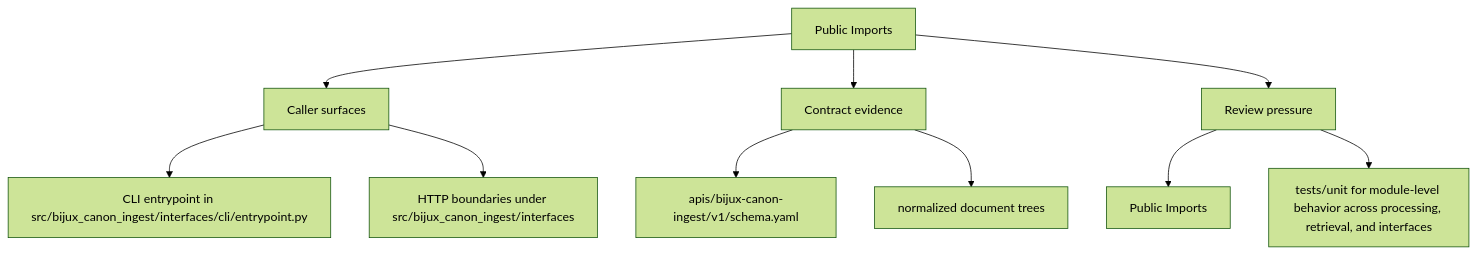
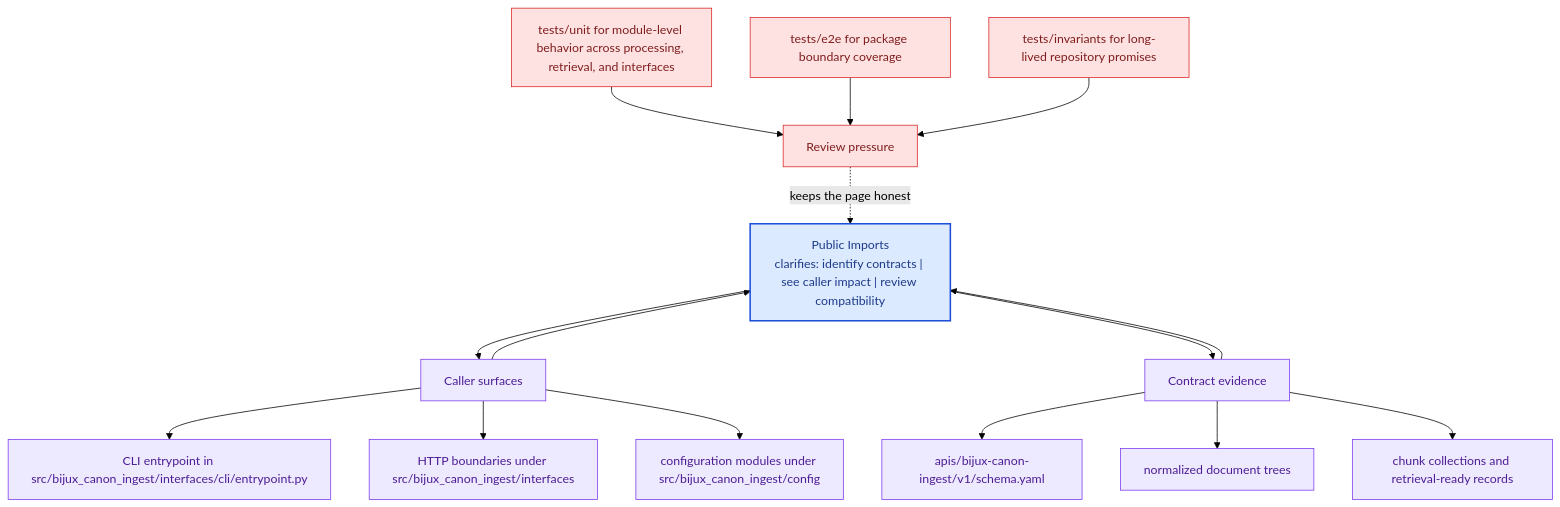
Before and after one commit to bijux/bijux-canon: the second of 2 diagrams in docs/bijux-canon-ingest/interfaces/public-imports.md, drawn with Mermaid (forest theme). The commit also changed other lines of this file and 281 other files, not shown here.

Commit message:
docs(diagrams): deepen handbook mermaid maps across the catalog

````diff
--- a/docs/bijux-canon-ingest/interfaces/public-imports.md
+++ b/docs/bijux-canon-ingest/interfaces/public-imports.md
@@ -35,22 +68,41 @@
 ```mermaid
-flowchart TD
-    page["Public Imports"]
+flowchart TB
+    promise["Public Imports<br/>clarifies: identify contracts | see caller impact | review compatibility"]
+    classDef promise fill:#dbeafe,stroke:#1d4ed8,color:#1e3a8a,stroke-width:2px;
+    classDef driver fill:#dcfce7,stroke:#16a34a,color:#14532d;
+    classDef constraint fill:#fee2e2,stroke:#dc2626,color:#7f1d1d;
+    classDef ground fill:#ede9fe,stroke:#7c3aed,color:#4c1d95;
     focus1["Caller surfaces"]
-    page --> focus1
+    focus1 --> promise
+    promise --> focus1
     focus1_1["CLI entrypoint in src/bijux_canon_ingest/interfaces/cli/entrypoint.py"]
     focus1 --> focus1_1
     focus1_2["HTTP boundaries under src/bijux_canon_ingest/interfaces"]
     focus1 --> focus1_2
+    focus1_3["configuration modules under src/bijux_canon_ingest/config"]
+    focus1 --> focus1_3
+    class focus1 ground;
+    class focus1_1,focus1_2,focus1_3 ground;
     focus2["Contract evidence"]
-    page --> focus2
+    focus2 --> promise
+    promise --> focus2
     focus2_1["apis/bijux-canon-ingest/v1/schema.yaml"]
     focus2 --> focus2_1
     focus2_2["normalized document trees"]
     focus2 --> focus2_2
+    focus2_3["chunk collections and retrieval-ready records"]
+    focus2 --> focus2_3
+    class focus2 ground;
+    class focus2_1,focus2_2,focus2_3 ground;
     focus3["Review pressure"]
-    page --> focus3
-    focus3_1["Public Imports"]
-    focus3 --> focus3_1
-    focus3_2["tests/unit for module-level behavior across processing, retrieval, and interfaces"]
-    focus3 --> focus3_2
+    focus3 -.keeps the page honest.-> promise
+    focus3_1["tests/unit for module-level behavior across processing, retrieval, and interfaces"]
+    focus3_1 --> focus3
+    focus3_2["tests/e2e for package boundary coverage"]
+    focus3_2 --> focus3
+    focus3_3["tests/invariants for long-lived repository promises"]
+    focus3_3 --> focus3
+    class focus3 constraint;
+    class focus3_1,focus3_2,focus3_3 constraint;
+    class promise promise;
 ```
````
